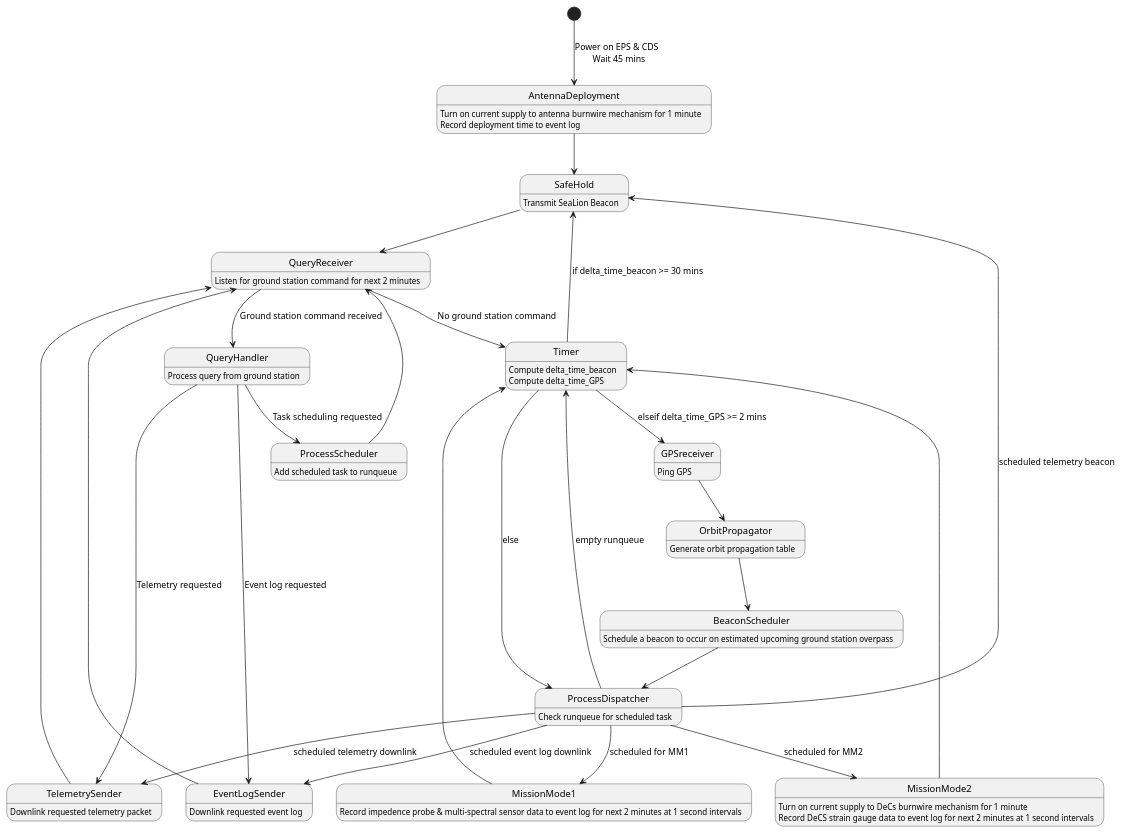
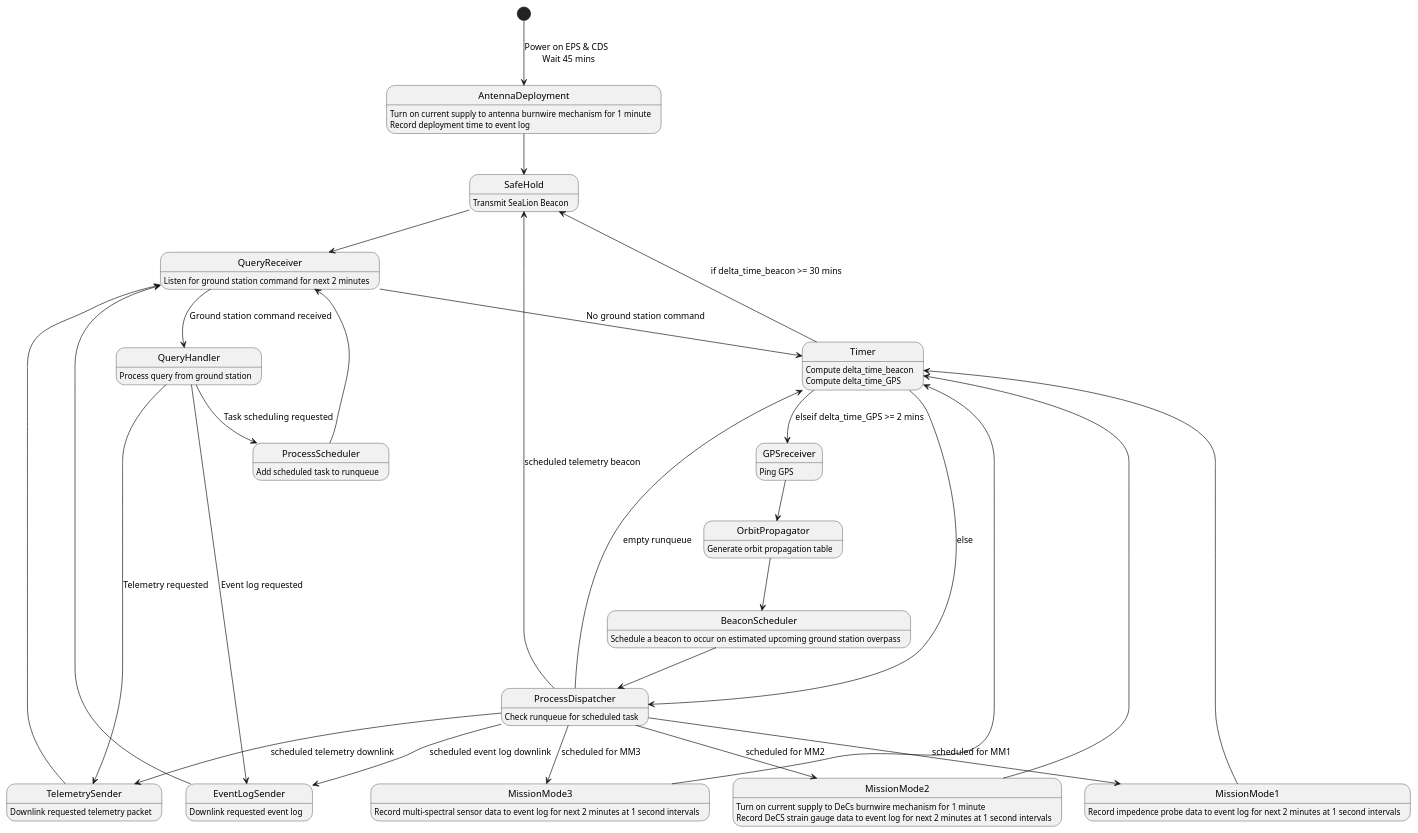
The diagram in fsw-architecture/operating-mode-as-fsm.puml (ODU-CGA-CubeSat/FSW), drawn with PlantUML before and after one commit.

Commit message:
split mission mode 1 into two modes

```diff
--- a/fsw-architecture/operating-mode-as-fsm.puml
+++ b/fsw-architecture/operating-mode-as-fsm.puml
@@ -1,60 +1,64 @@
 @startuml
 
 state AntennaDeployment
       AntennaDeployment : Turn on current supply to antenna burnwire mechanism for 1 minute
       AntennaDeployment : Record deployment time to event log
 state SafeHold
       SafeHold : Transmit SeaLion Beacon
 state QueryReceiver
       QueryReceiver : Listen for ground station command for next 2 minutes
 state TelemetrySender
       TelemetrySender : Downlink requested telemetry packet
 state EventLogSender
       EventLogSender : Downlink requested event log
 state Timer
       Timer : Compute delta_time_beacon
       Timer : Compute delta_time_GPS
 state MissionMode1
-      MissionMode1 : Record impedence probe & multi-spectral sensor data to event log for next 2 minutes at 1 second intervals
+      MissionMode1 : Record impedence probe data to event log for next 2 minutes at 1 second intervals
 state MissionMode2
       MissionMode2 : Turn on current supply to DeCs burnwire mechanism for 1 minute
       MissionMode2 : Record DeCS strain gauge data to event log for next 2 minutes at 1 second intervals
+state MissionMode3
+      MissionMode3 : Record multi-spectral sensor data to event log for next 2 minutes at 1 second intervals
 state ProcessDispatcher
       ProcessDispatcher : Check runqueue for scheduled task
 state OrbitPropagator
       OrbitPropagator : Generate orbit propagation table
 state BeaconScheduler
       BeaconScheduler : Schedule a beacon to occur on estimated upcoming ground station overpass
 state GPSreceiver
       GPSreceiver : Ping GPS
 state QueryHandler
       QueryHandler : Process query from ground station
 state ProcessScheduler
       ProcessScheduler : Add scheduled task to runqueue
 
 [*] --> AntennaDeployment : Power on EPS & CDS \n Wait 45 mins
 AntennaDeployment --> SafeHold
 SafeHold --> QueryReceiver
 QueryReceiver --> QueryHandler : Ground station command received
 QueryReceiver --> Timer : No ground station command
 QueryHandler --> TelemetrySender : Telemetry requested
 QueryHandler --> EventLogSender : Event log requested
 QueryHandler --> ProcessScheduler : Task scheduling requested
 TelemetrySender --> QueryReceiver
 EventLogSender --> QueryReceiver
 ProcessScheduler --> QueryReceiver
 MissionMode1 --> Timer
 MissionMode2 --> Timer
+MissionMode3 --> Timer
 GPSreceiver --> OrbitPropagator
 OrbitPropagator --> BeaconScheduler
 BeaconScheduler --> ProcessDispatcher
 Timer --> SafeHold : if delta_time_beacon >= 30 mins
 Timer --> GPSreceiver : elseif delta_time_GPS >= 2 mins
 Timer --> ProcessDispatcher : else
 ProcessDispatcher --> MissionMode1 : scheduled for MM1
 ProcessDispatcher --> MissionMode2 : scheduled for MM2
+ProcessDispatcher --> MissionMode3 : scheduled for MM3
 ProcessDispatcher --> Timer : empty runqueue
 ProcessDispatcher --> EventLogSender : scheduled event log downlink
 ProcessDispatcher --> TelemetrySender : scheduled telemetry downlink
 ProcessDispatcher --> SafeHold : scheduled telemetry beacon
 @enduml
```
